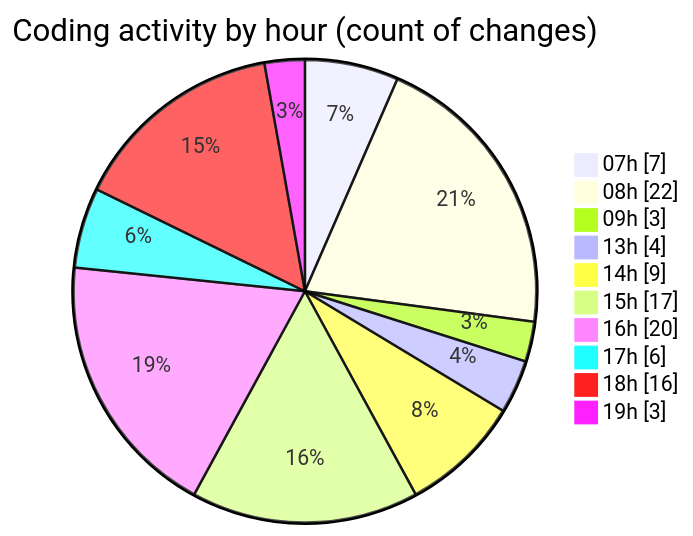
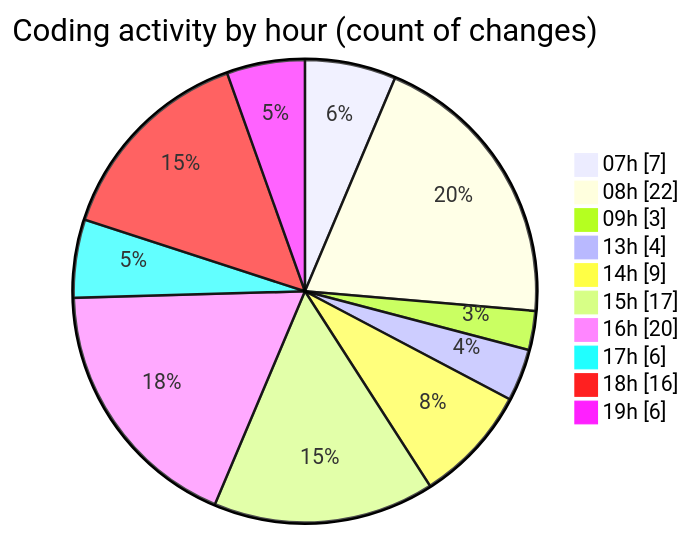
Before and after one commit to Elitesun/code-tracking: the second of 2 diagrams in 2025-05-04/niten/README.md, drawn with Mermaid. The commit also changed other lines of this file and 1 other file, not shown here.

````diff
--- a/2025-05-04/niten/README.md
+++ b/2025-05-04/niten/README.md
@@ -61,14 +61,14 @@
 ```mermaid
 pie showData
 title Coding activity by hour (count of changes)
 "07h" : 7
 "08h" : 22
 "09h" : 3
 "13h" : 4
 "14h" : 9
 "15h" : 17
 "16h" : 20
 "17h" : 6
 "18h" : 16
-"19h" : 3
+"19h" : 6
 ```
````
